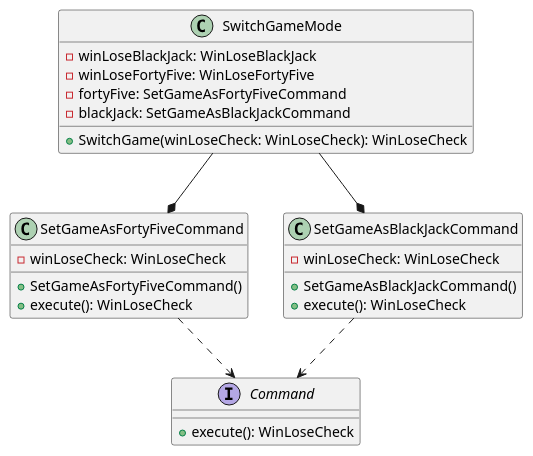
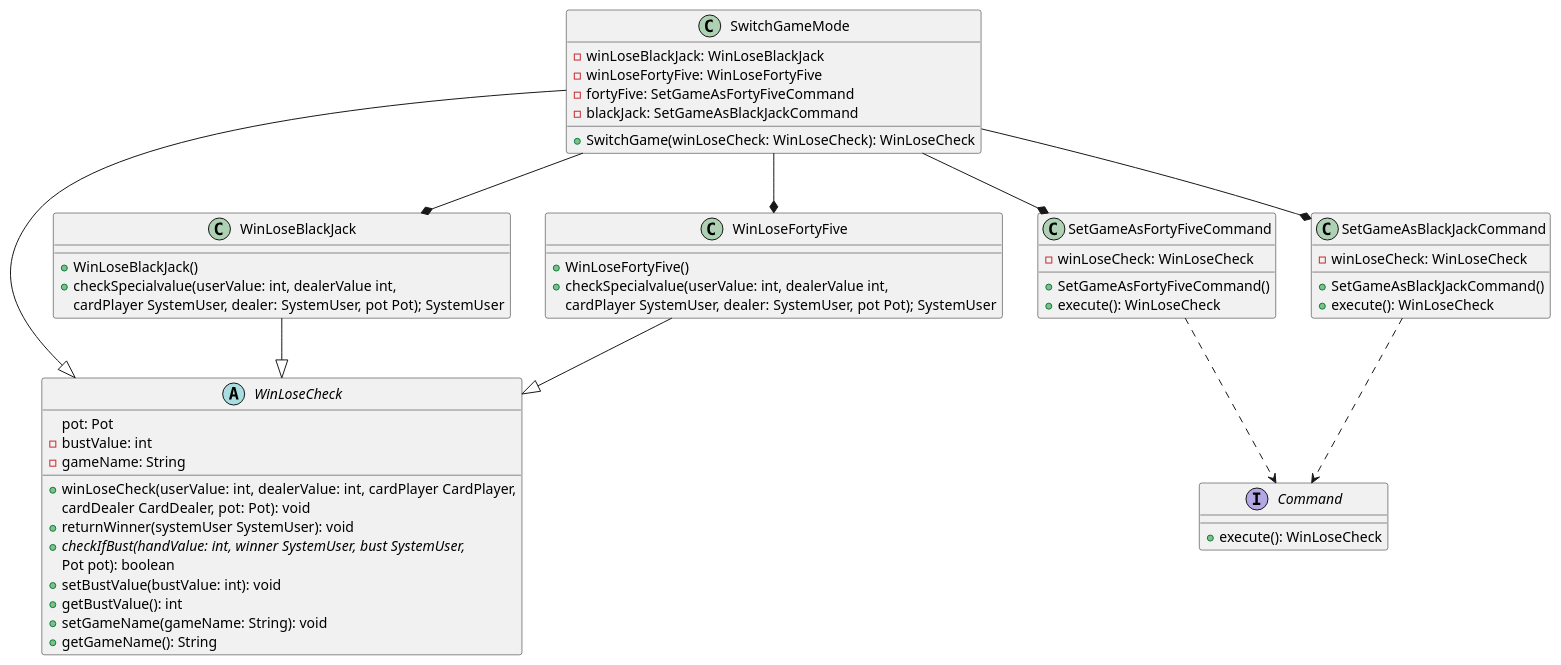
Before and after one commit to GerardRyan1989/SoftwareDesignPatternsCA: the diagram in UMLS/CommandPattern.puml, drawn with PlantUML. The commit also changed 28 other files, not shown here.

```diff
--- a/UMLS/CommandPattern.puml
+++ b/UMLS/CommandPattern.puml
@@ -1,39 +1,74 @@
 @startuml
+
+abstract class WinLoseCheck{
+        pot: Pot
+        -bustValue: int
+        -gameName: String
+        +winLoseCheck(userValue: int, dealerValue: int, cardPlayer CardPlayer,
+            cardDealer CardDealer, pot: Pot): void
+        +returnWinner(systemUser SystemUser): void
+        {abstract}+checkIfBust(handValue: int, winner SystemUser, bust SystemUser,
+            Pot pot): boolean
+        +setBustValue(bustValue: int): void
+        +getBustValue(): int
+        +setGameName(gameName: String): void
+        +getGameName(): String
+
+}
+
+class WinLoseBlackJack{
+    +WinLoseBlackJack()
+    +checkSpecialvalue(userValue: int, dealerValue int,
+        cardPlayer SystemUser, dealer: SystemUser, pot Pot); SystemUser
+}
+
+
+class WinLoseFortyFive{
+    +WinLoseFortyFive()
+    +checkSpecialvalue(userValue: int, dealerValue int,
+    cardPlayer SystemUser, dealer: SystemUser, pot Pot); SystemUser
+}
+
 
 interface Command{
     +execute(): WinLoseCheck
 }
 
 class SetGameAsFortyFiveCommand {
      -winLoseCheck: WinLoseCheck
      +SetGameAsFortyFiveCommand()
      +execute(): WinLoseCheck
 }
 
 
 class SetGameAsBlackJackCommand {
     -winLoseCheck: WinLoseCheck
     +SetGameAsBlackJackCommand()
     +execute(): WinLoseCheck
 }
 
 class SwitchGameMode{
     -winLoseBlackJack: WinLoseBlackJack
     -winLoseFortyFive: WinLoseFortyFive
     -fortyFive: SetGameAsFortyFiveCommand
     -blackJack: SetGameAsBlackJackCommand
     +SwitchGame(winLoseCheck: WinLoseCheck): WinLoseCheck
 }
 
 
 
 SetGameAsFortyFiveCommand ..> Command
 
 SetGameAsBlackJackCommand ..> Command
 
 
+SwitchGameMode --|> WinLoseCheck
 SwitchGameMode --* SetGameAsFortyFiveCommand
 SwitchGameMode --* SetGameAsBlackJackCommand
+SwitchGameMode --* WinLoseFortyFive
+SwitchGameMode --* WinLoseBlackJack
+WinLoseBlackJack --|> WinLoseCheck
+WinLoseFortyFive --|> WinLoseCheck
 
 
 @enduml
```
